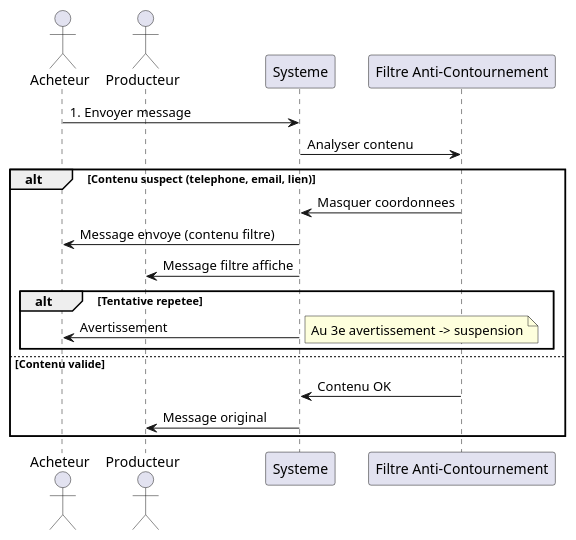
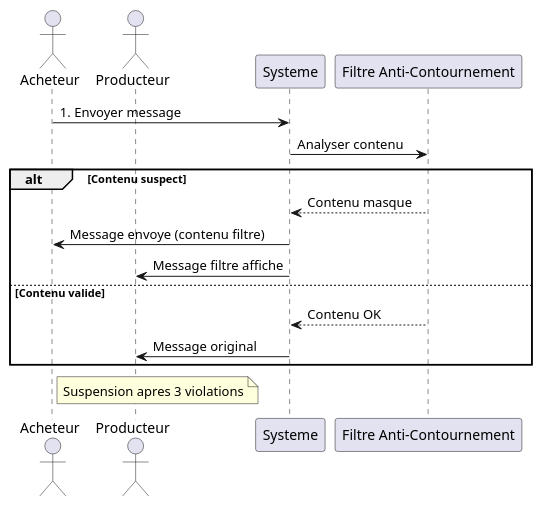
One commit to DokuShonen/SmartAgriMarket changed the diagram in diagrammes/05-sequence-messagerie.md. Above: the diagram before and after it, drawn with PlantUML. The commit also changed other lines of this file and 286 other files, not shown here.

````diff
--- a/diagrammes/05-sequence-messagerie.md
+++ b/diagrammes/05-sequence-messagerie.md
@@ -3,25 +2,20 @@
-```plantuml
 @startuml
 actor "Acheteur" as Acheteur
 actor "Producteur" as Producteur
 participant Systeme
-participant Filtre as "Filtre Anti-Contournement"
+        participant "Filtre Anti-Contournement" as Filtre
 
 Acheteur -> Systeme : 1. Envoyer message
 Systeme -> Filtre : Analyser contenu
 
-alt Contenu suspect (telephone, email, lien)
-  Filtre -> Systeme : Masquer coordonnees
+alt Contenu suspect
+  Filtre --> Systeme : Contenu masque
   Systeme -> Acheteur : Message envoye (contenu filtre)
-  Systeme -> Producteur : Message filtre affiche
-  alt Tentative repetee
-    Systeme -> Acheteur : Avertissement
-    note right: Au 3e avertissement -> suspension
-  end
+    Systeme -> Producteur : Message filtre affiche
 else Contenu valide
-  Filtre -> Systeme : Contenu OK
+    Filtre --> Systeme : Contenu OK
   Systeme -> Producteur : Message original
 end
 
+  note right of Acheteur : Suspension apres 3 violations
 @enduml
-```
````
